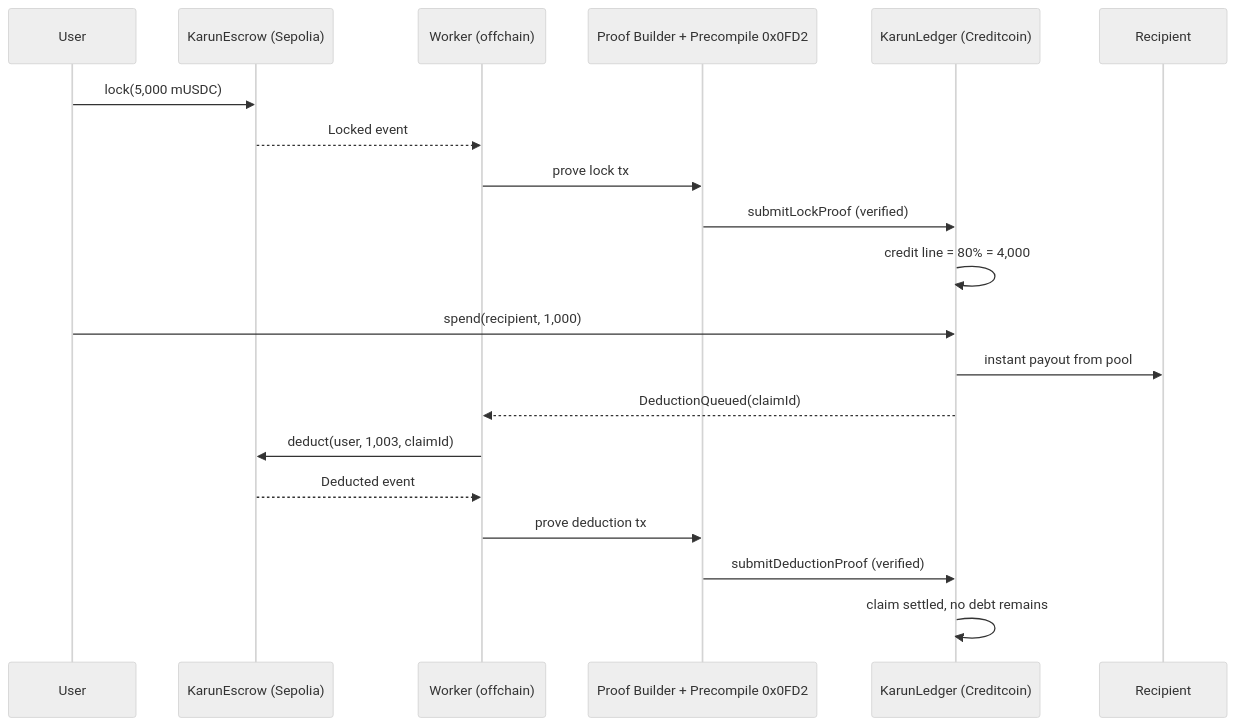
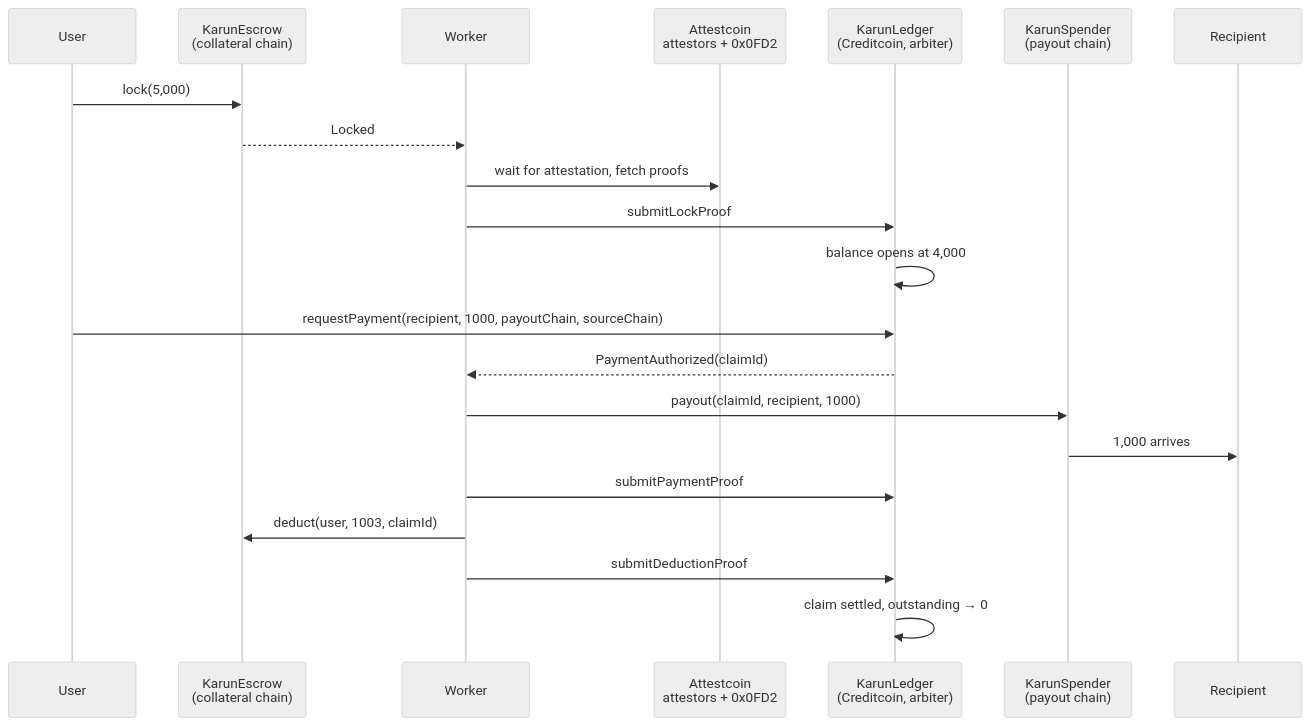
The diagram in README.md (Foreveranka/karun), drawn with Mermaid (neutral theme) before and after one commit. The commit also changed other lines of this file, not shown here.

First line of the commit message:
README yeni mimariye guncellendi: Spender, uc kanit, 21 test, canli testnet

````diff
--- a/README.md
+++ b/README.md
@@ -35,23 +48,26 @@
 ```mermaid
 sequenceDiagram
     participant U as User
-    participant E as KarunEscrow (Sepolia)
-    participant W as Worker (offchain)
-    participant P as Proof Builder + Precompile 0x0FD2
-    participant L as KarunLedger (Creditcoin)
+    participant E as KarunEscrow<br/>(collateral chain)
+    participant W as Worker
+    participant P as Attestcoin<br/>attestors + 0x0FD2
+    participant L as KarunLedger<br/>(Creditcoin, arbiter)
+    participant S as KarunSpender<br/>(payout chain)
     participant R as Recipient
 
-    U->>E: lock(5,000 mUSDC)
-    E-->>W: Locked event
-    W->>P: prove lock tx
-    P->>L: submitLockProof (verified)
-    L->>L: credit line = 80% = 4,000
-    U->>L: spend(recipient, 1,000)
-    L->>R: instant payout from pool
-    L-->>W: DeductionQueued(claimId)
-    W->>E: deduct(user, 1,003, claimId)
-    E-->>W: Deducted event
-    W->>P: prove deduction tx
-    P->>L: submitDeductionProof (verified)
-    L->>L: claim settled, no debt remains
+    U->>E: lock(5,000)
+    E-->>W: Locked
+    W->>P: wait for attestation, fetch proofs
+    W->>L: submitLockProof
+    L->>L: balance opens at 4,000
+
+    U->>L: requestPayment(recipient, 1000, payoutChain, sourceChain)
+    L-->>W: PaymentAuthorized(claimId)
+    W->>S: payout(claimId, recipient, 1000)
+    S->>R: 1,000 arrives
+    W->>L: submitPaymentProof
+
+    W->>E: deduct(user, 1003, claimId)
+    W->>L: submitDeductionProof
+    L->>L: claim settled, outstanding → 0
 ```
````
